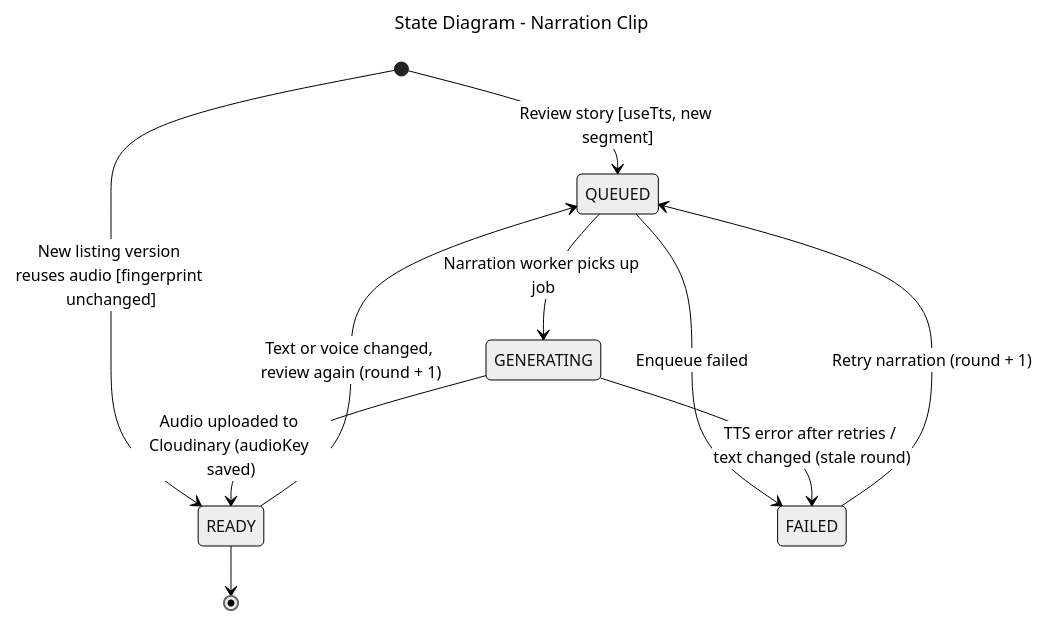
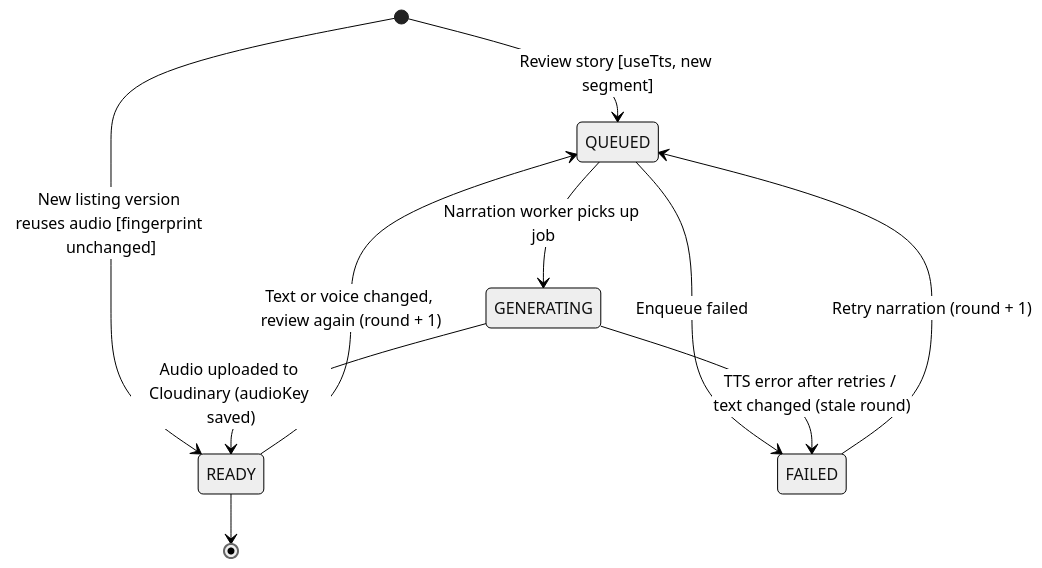
One commit to SEP490-GFA26SE186/BE changed the diagram in docs/diagrams/sdd/3.3a-state-narration-clip.mmd. Above: the diagram before and after it, drawn with Mermaid. The commit also changed 63 other files, not shown here.

```diff
--- a/docs/diagrams/sdd/3.3a-state-narration-clip.mmd
+++ b/docs/diagrams/sdd/3.3a-state-narration-clip.mmd
@@ -1,25 +1,24 @@
 ---
-title: "State Diagram - Narration Clip"
 config:
   theme: neutral
   themeVariables:
     background: '#ffffff'
     noteBkgColor: '#ffffff'
     noteBorderColor: '#999999'
     noteTextColor: '#000000'
 ---
 stateDiagram-v2
   state "QUEUED" as QUEUED
   state "GENERATING" as GENERATING
   state "READY" as READY
   state "FAILED" as FAILED
 
   [*] --> QUEUED : Review story [useTts, new segment]
   [*] --> READY : New listing version reuses audio [fingerprint unchanged]
   QUEUED --> GENERATING : Narration worker picks up job
   QUEUED --> FAILED : Enqueue failed
   GENERATING --> READY : Audio uploaded to Cloudinary (audioKey saved)
   GENERATING --> FAILED : TTS error after retries / text changed (stale round)
   FAILED --> QUEUED : Retry narration (round + 1)
   READY --> QUEUED : Text or voice changed, review again (round + 1)
   READY --> [*]
```
